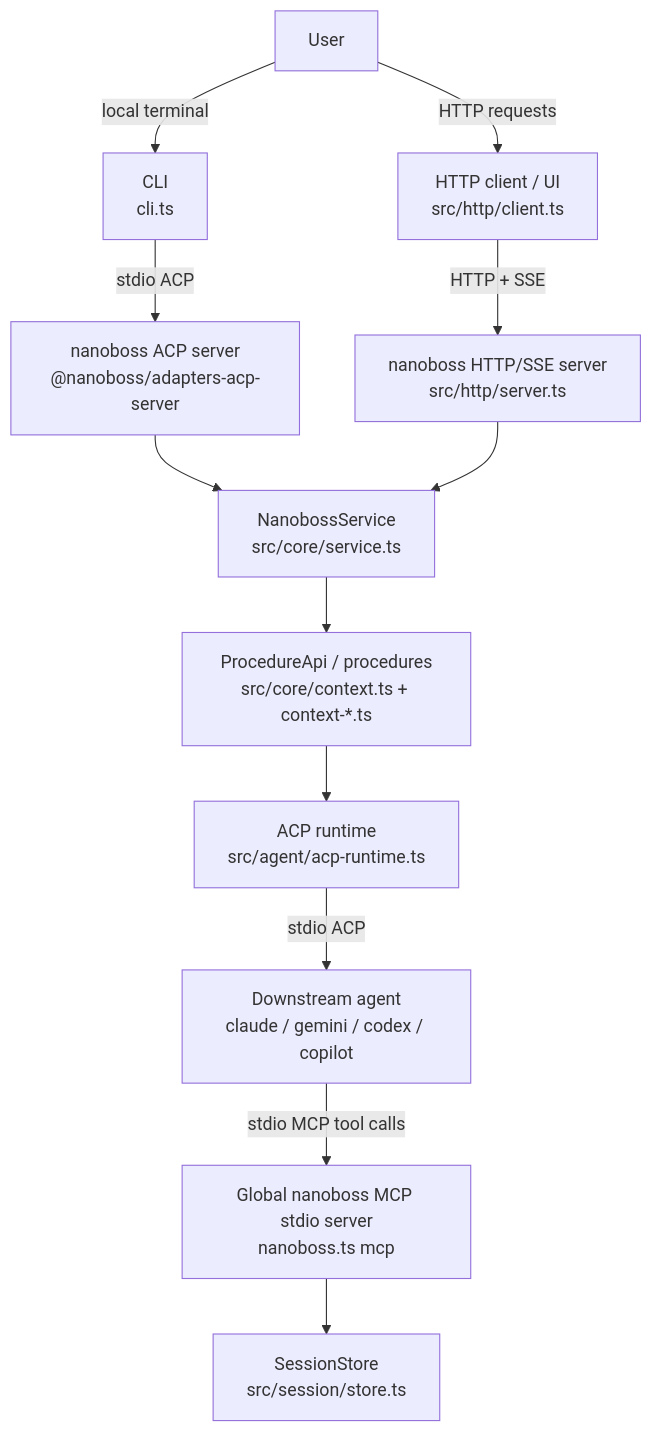
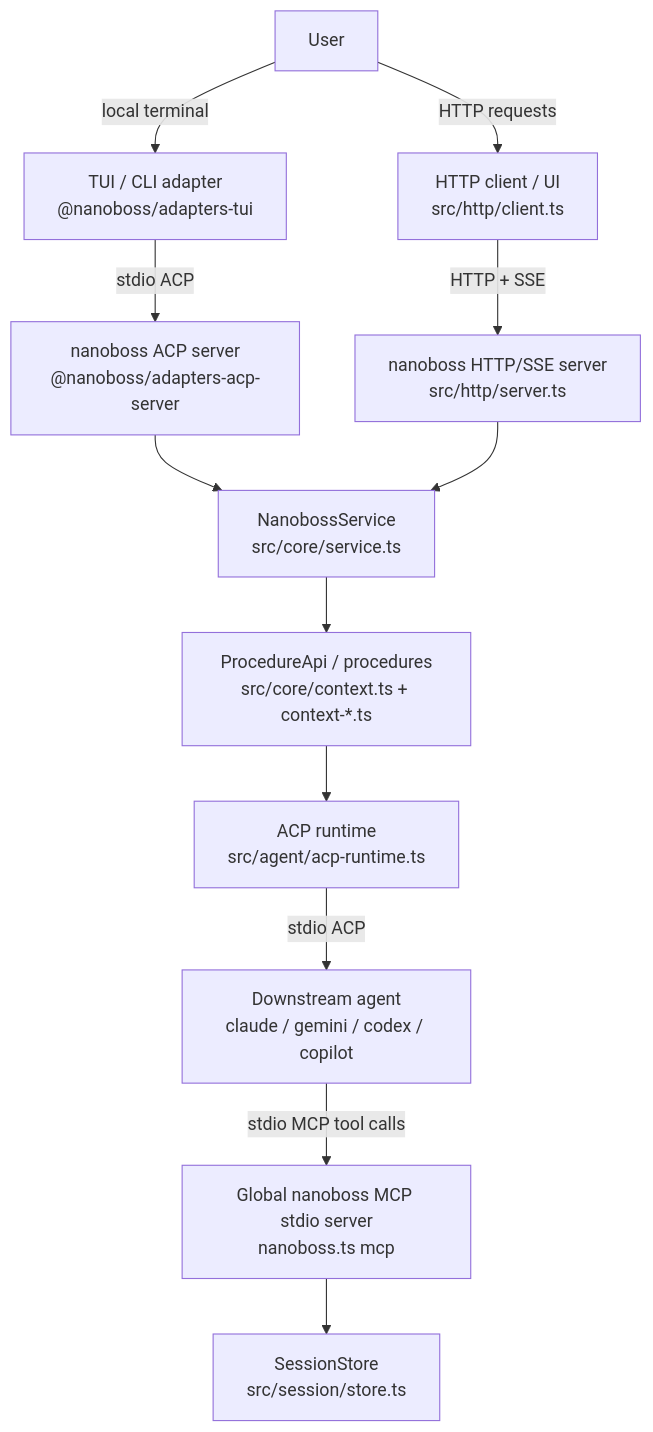
Before and after one commit to jflam/nanoboss: the first of 5 diagrams in docs/architecture.md, drawn with Mermaid. The commit also changed other lines of this file and 15 other files, not shown here.

Commit message:
Extract adapters-tui package boundary

````diff
--- a/docs/architecture.md
+++ b/docs/architecture.md
@@ -60,18 +60,18 @@
 ```mermaid
 flowchart TD
-  U[User] -->|local terminal| CLI[CLI\ncli.ts]
+  U[User] -->|local terminal| CLI[TUI / CLI adapter\n@nanoboss/adapters-tui]
   U -->|HTTP requests| HTTPClient[HTTP client / UI\nsrc/http/client.ts]
 
   CLI -->|stdio ACP| ACPServer[nanoboss ACP server\n@nanoboss/adapters-acp-server]
   HTTPClient -->|HTTP + SSE| HTTPServer[nanoboss HTTP/SSE server\nsrc/http/server.ts]
 
   ACPServer --> Service[NanobossService\nsrc/core/service.ts]
   HTTPServer --> Service
 
   Service --> Context[ProcedureApi / procedures\nsrc/core/context.ts + context-*.ts]
   Context --> AgentRuntime[ACP runtime\nsrc/agent/acp-runtime.ts]
 
   AgentRuntime -->|stdio ACP| Downstream[Downstream agent\nclaude / gemini / codex / copilot]
   Downstream -->|stdio MCP tool calls| GlobalMcp[Global nanoboss MCP stdio server\nnanoboss.ts mcp]
   GlobalMcp --> SessionStore[SessionStore\nsrc/session/store.ts]
 ```
````
